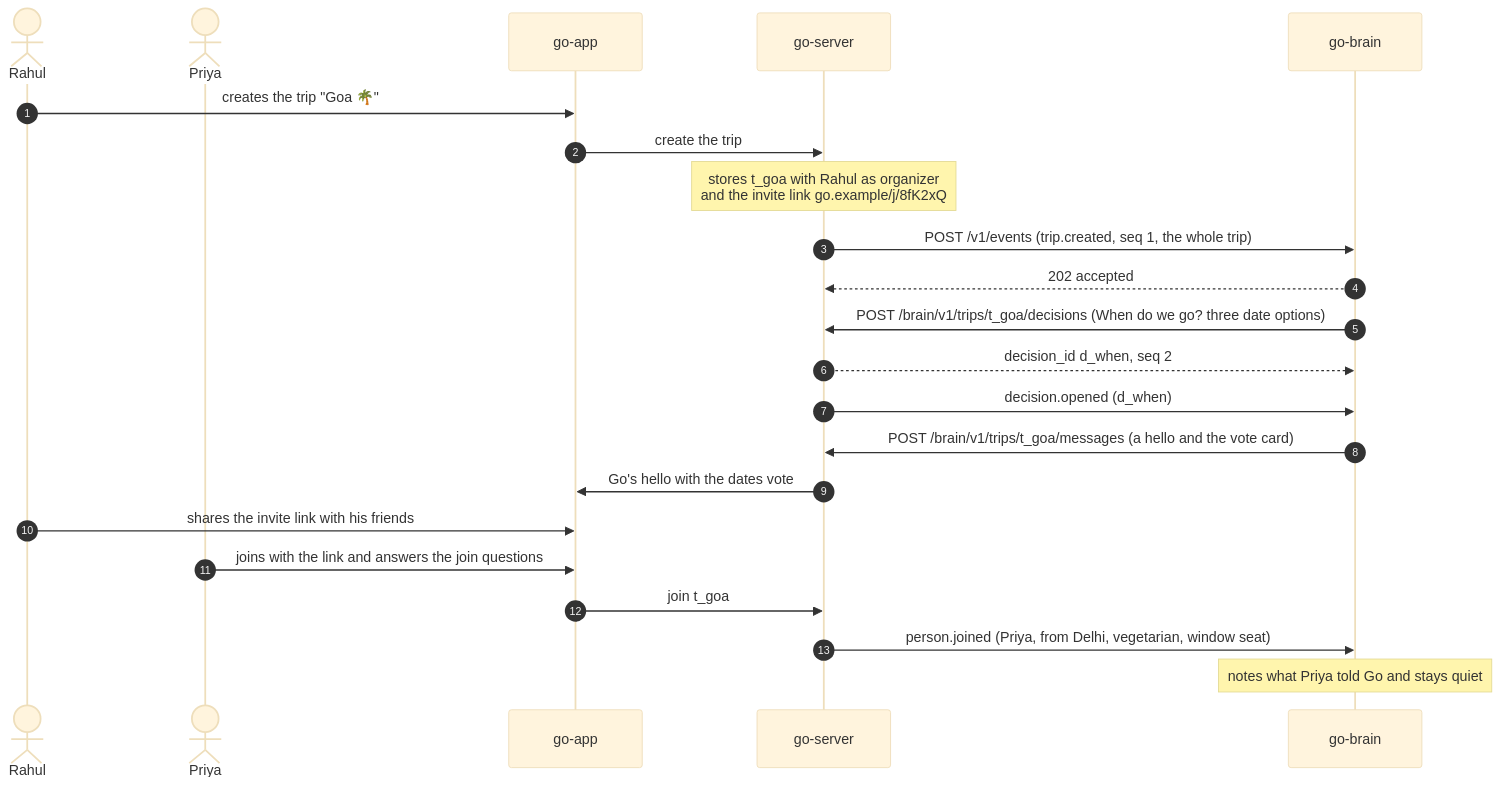
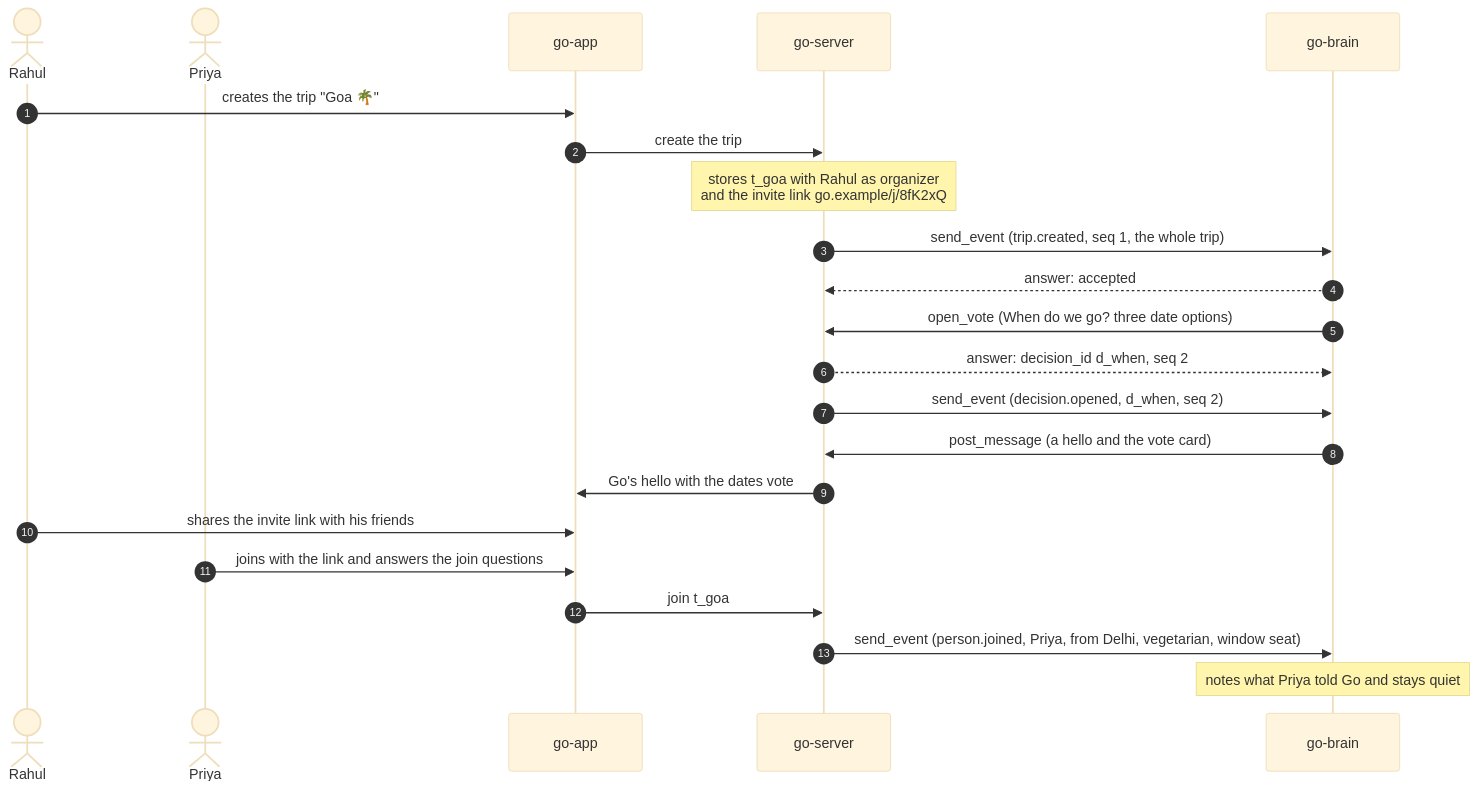
Before and after one commit to vestra-ai/go-brain: the second of 8 diagrams in docs/guide/09-flows.md, drawn with Mermaid (base theme). The commit also changed other lines of this file and 23 other files, not shown here.

````diff
--- a/docs/guide/09-flows.md
+++ b/docs/guide/09-flows.md
@@ -47,24 +53,24 @@
 ```mermaid
 sequenceDiagram
   autonumber
   actor Rahul
   actor Priya
   participant app as go-app
   participant server as go-server
   participant brain as go-brain
   Rahul->>app: creates the trip "Goa 🌴"
   app->>server: create the trip
   Note over server: stores t_goa with Rahul as organizer<br/>and the invite link go.example/j/8fK2xQ
-  server->>brain: POST /v1/events (trip.created, seq 1, the whole trip)
-  brain-->>server: 202 accepted
-  brain->>server: POST /brain/v1/trips/t_goa/decisions (When do we go? three date options)
-  server-->>brain: decision_id d_when, seq 2
-  server->>brain: decision.opened (d_when)
-  brain->>server: POST /brain/v1/trips/t_goa/messages (a hello and the vote card)
+  server->>brain: send_event (trip.created, seq 1, the whole trip)
+  brain-->>server: answer: accepted
+  brain->>server: open_vote (When do we go? three date options)
+  server-->>brain: answer: decision_id d_when, seq 2
+  server->>brain: send_event (decision.opened, d_when, seq 2)
+  brain->>server: post_message (a hello and the vote card)
   server->>app: Go's hello with the dates vote
   Rahul->>app: shares the invite link with his friends
   Priya->>app: joins with the link and answers the join questions
   app->>server: join t_goa
-  server->>brain: person.joined (Priya, from Delhi, vegetarian, window seat)
+  server->>brain: send_event (person.joined, Priya, from Delhi, vegetarian, window seat)
   Note over brain: notes what Priya told Go and stays quiet
 ```
````
